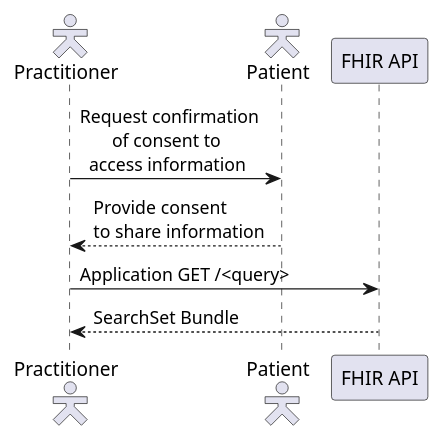
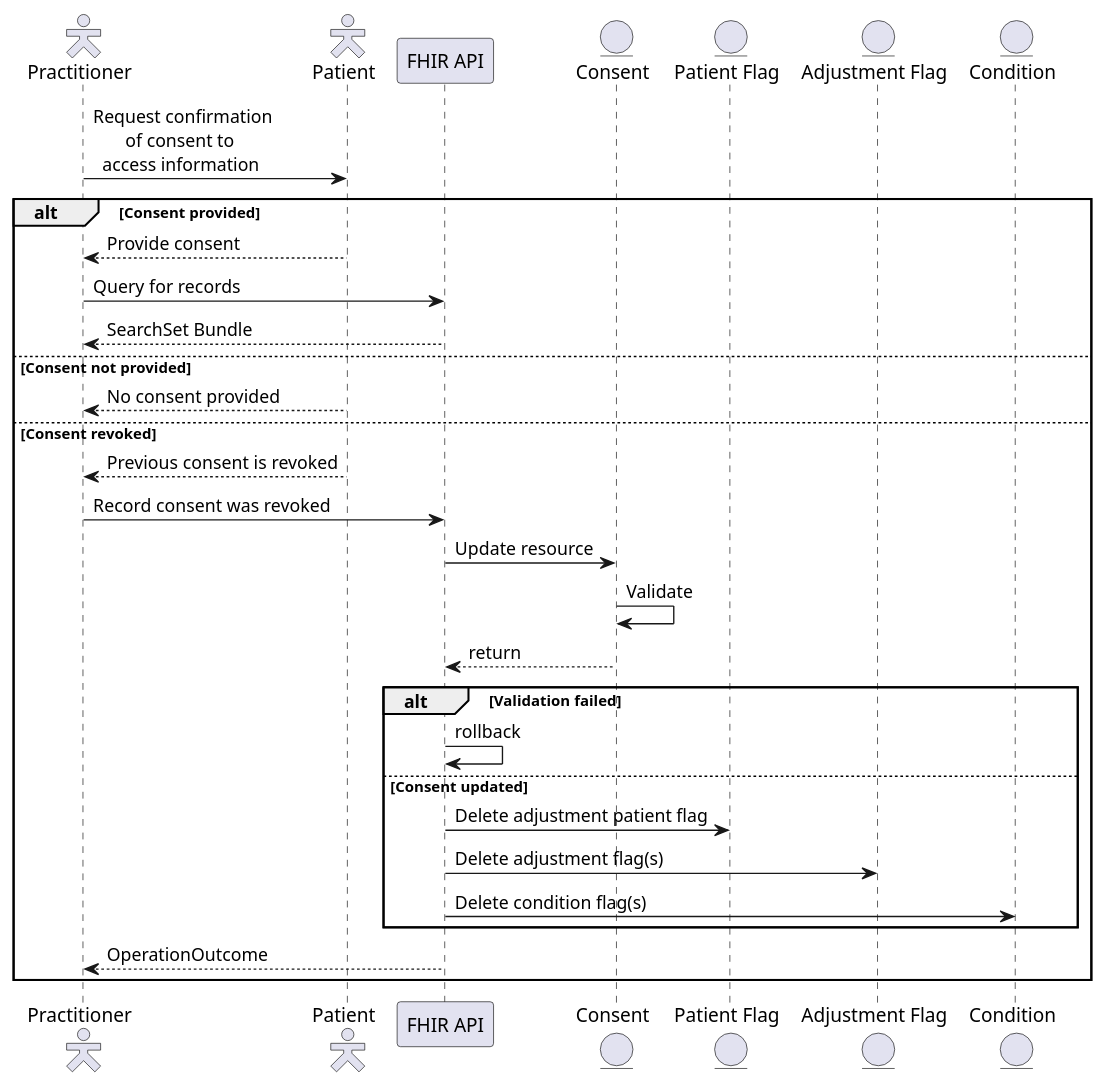
Before and after one commit to NHSDigital/ra-sandbox: the diagram in input/images-source/retrieve-record-sequence.plantuml, drawn with PlantUML. The commit also changed 6 other files, not shown here.

```diff
--- a/input/images-source/retrieve-record-sequence.plantuml
+++ b/input/images-source/retrieve-record-sequence.plantuml
@@ -1,15 +1,39 @@
 @startuml
 
 skinparam actorStyle hollow
 
 actor        "Practitioner"     as pra
 actor        "Patient"          as pat
 participant  "FHIR API"         as api
+entity       "Consent"          as con
+entity       "Patient Flag"     as pfg
+entity       "Adjustment Flag"  as adj
+entity       "Condition"        as cod
 
 pra ->  pat : Request confirmation\n       of consent to\n  access information
-pra <-- pat : Provide consent\nto share information
 
-pra ->  api : Application GET /<query>
-pra <-- api : SearchSet Bundle
+alt Consent provided
+  pra <-- pat : Provide consent
+
+  pra ->  api : Query for records
+  pra <-- api : SearchSet Bundle
+else Consent not provided
+  pra <-- pat : No consent provided
+else Consent revoked
+  pra <-- pat : Previous consent is revoked
+
+  pra ->  api : Record consent was revoked
+  api ->  con : Update resource
+  con ->  con : Validate
+  api <-- con : return
+  alt Validation failed
+    api -> api : rollback
+  else Consent updated
+    api ->  pfg : Delete adjustment patient flag
+    api ->  adj : Delete adjustment flag(s)
+    api ->  cod : Delete condition flag(s)
+  end
+  pra <-- api : OperationOutcome
+end
 
 @enduml
```
